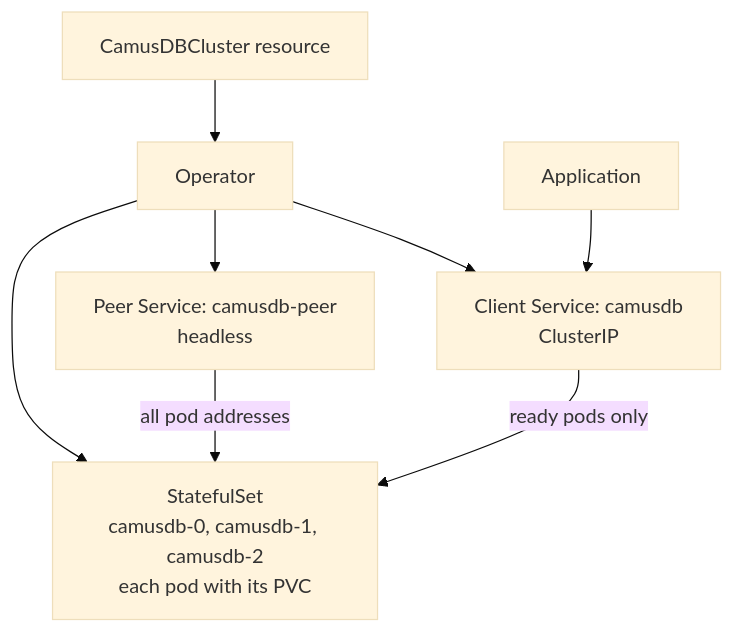
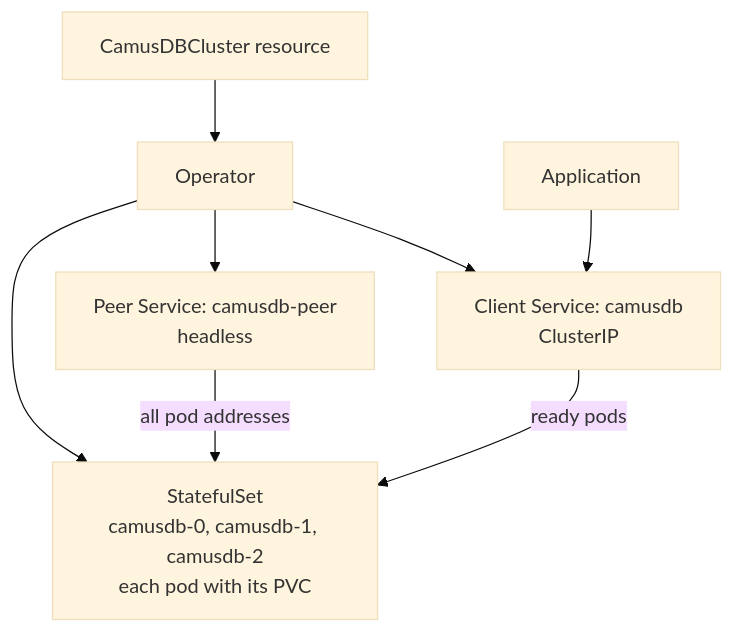
Before and after one commit to camusdb/camusdb.github.io: the first of 2 diagrams in docs/kubernetes-operator.md, drawn with Mermaid (base theme). The commit also changed other lines of this file and 216 other files, not shown here.

````diff
--- a/docs/kubernetes-operator.md
+++ b/docs/kubernetes-operator.md
@@ -185,10 +161,10 @@
 ```mermaid
 flowchart TD
     CR["CamusDBCluster resource"] --> OP[Operator]
     OP --> PS["Peer Service: camusdb-peer<br/>headless"]
     OP --> SS["StatefulSet<br/>camusdb-0, camusdb-1, camusdb-2<br/>each pod with its PVC"]
     OP --> CS["Client Service: camusdb<br/>ClusterIP"]
     App[Application] --> CS
     PS -->|all pod addresses| SS
-    CS -->|ready pods only| SS
+    CS -->|ready pods| SS
 ```
````
